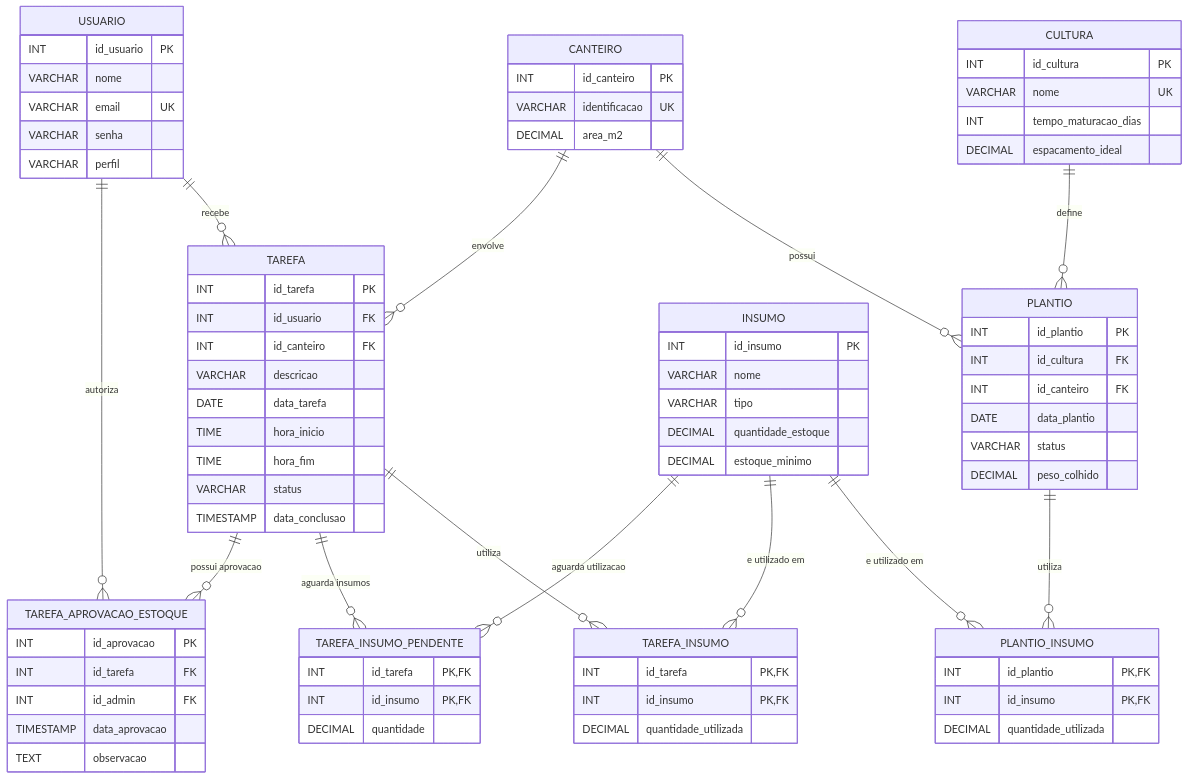
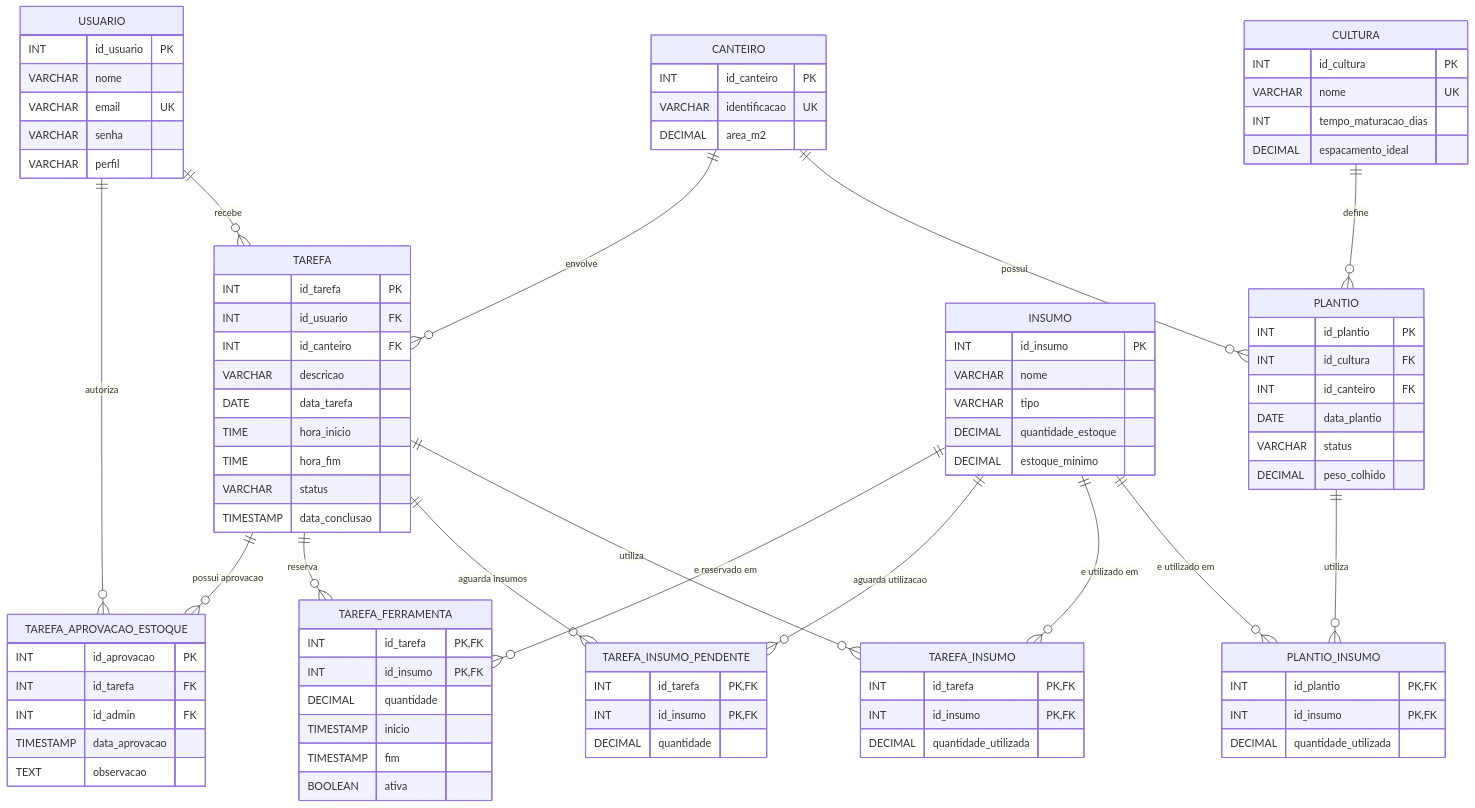
One commit to pedro-villela/hortaFamiliar changed the diagram in docs/der.md. Above: the diagram before and after it, drawn with Mermaid. The commit also changed other lines of this file, not shown here.

Commit message:
adiciona tabela ferramenta

````diff
--- a/docs/der.md
+++ b/docs/der.md
@@ -21,8 +21,10 @@
     TAREFA ||--o{ TAREFA_INSUMO_PENDENTE : "aguarda insumos"
     INSUMO ||--o{ TAREFA_INSUMO_PENDENTE : "aguarda utilizacao"
 
+    TAREFA ||--o{ TAREFA_FERRAMENTA : "reserva"
+    INSUMO ||--o{ TAREFA_FERRAMENTA : "e reservado em"
+
     TAREFA ||--o{ TAREFA_APROVACAO_ESTOQUE : "possui aprovacao"
-
     USUARIO {
         INT id_usuario PK
         VARCHAR nome
@@ -91,11 +93,20 @@
         DECIMAL quantidade
     }
 
-    TAREFA_APROVACAO_ESTOQUE {
+  TAREFA_APROVACAO_ESTOQUE {
         INT id_aprovacao PK
         INT id_tarefa FK
         INT id_admin FK
         TIMESTAMP data_aprovacao
         TEXT observacao
     }
+
+    TAREFA_FERRAMENTA {
+        INT id_tarefa PK, FK
+        INT id_insumo PK, FK
+        DECIMAL quantidade
+        TIMESTAMP inicio
+        TIMESTAMP fim
+        BOOLEAN ativa
+    }
 ```
````
